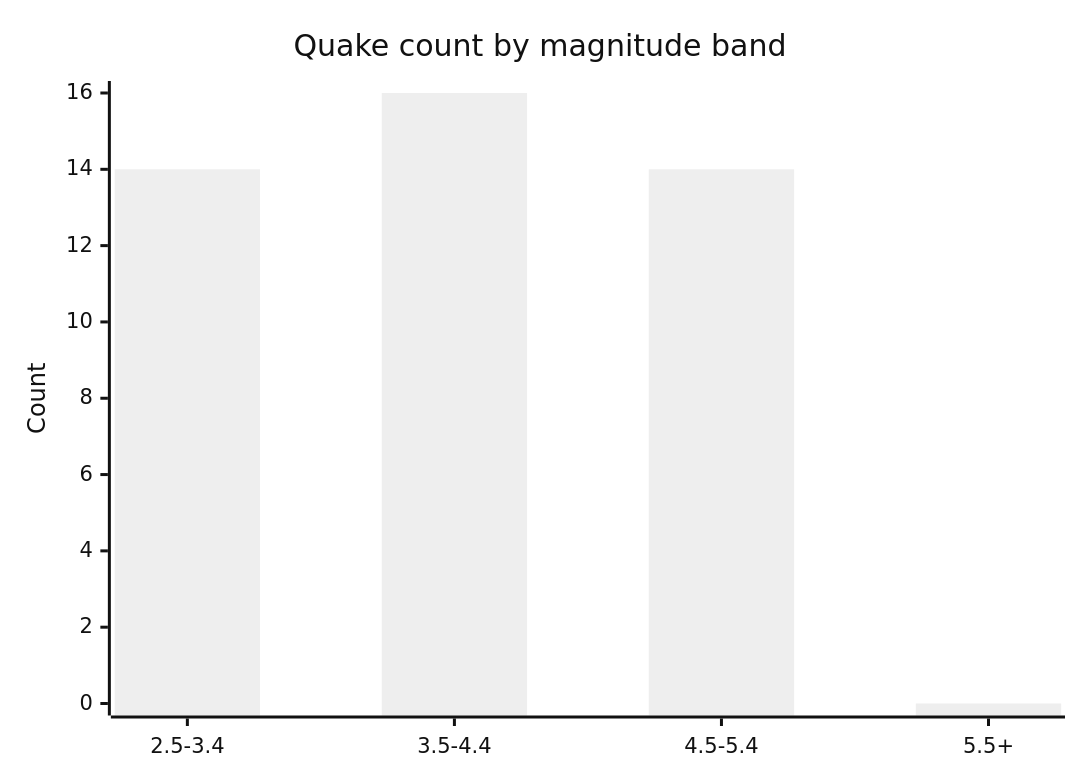
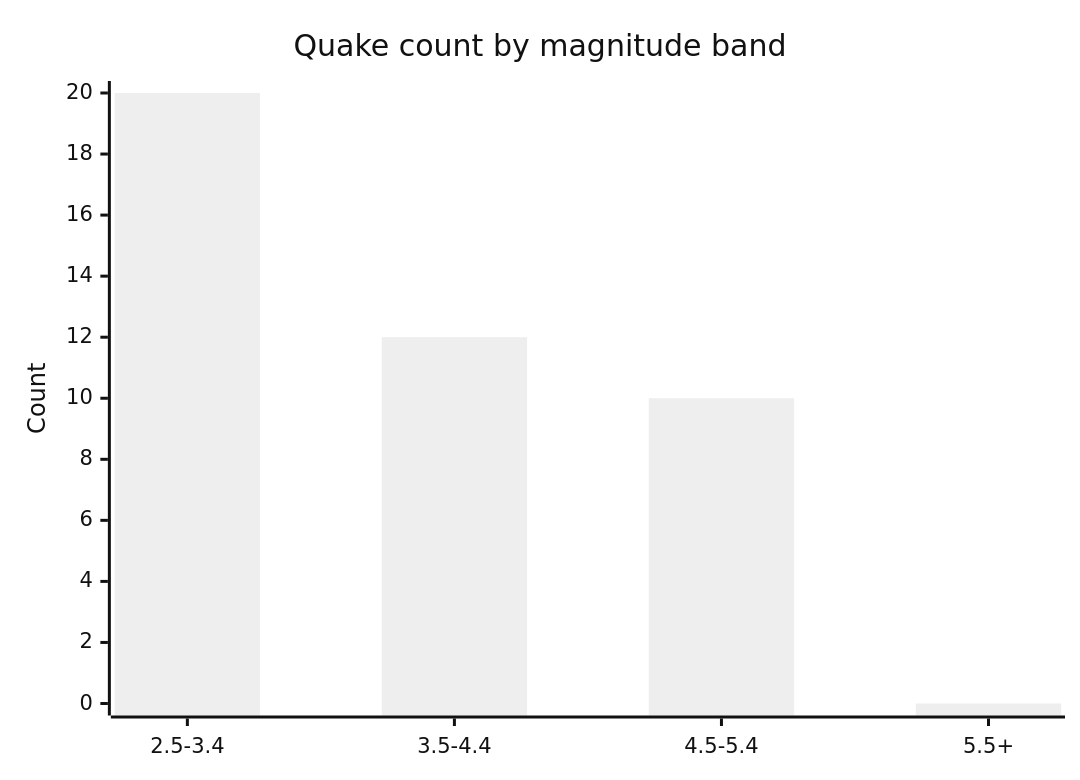
The fifth of 6 diagrams in docs/GRAPHS.md (Midwest-Stratospheric/aerostratospheric-defense-gir), drawn with Mermaid (neutral theme) before and after one commit. The commit also changed other lines of this file and 23 other files, not shown here.

````diff
--- a/docs/GRAPHS.md
+++ b/docs/GRAPHS.md
@@ -82,7 +82,7 @@
 ```mermaid
 xychart-beta
   title "Quake count by magnitude band"
   x-axis ["2.5-3.4", "3.5-4.4", "4.5-5.4", "5.5+"]
-  y-axis "Count" 0 --> 16
-  bar [14, 16, 14, 0]
+  y-axis "Count" 0 --> 20
+  bar [20, 12, 10, 0]
 ```
````
